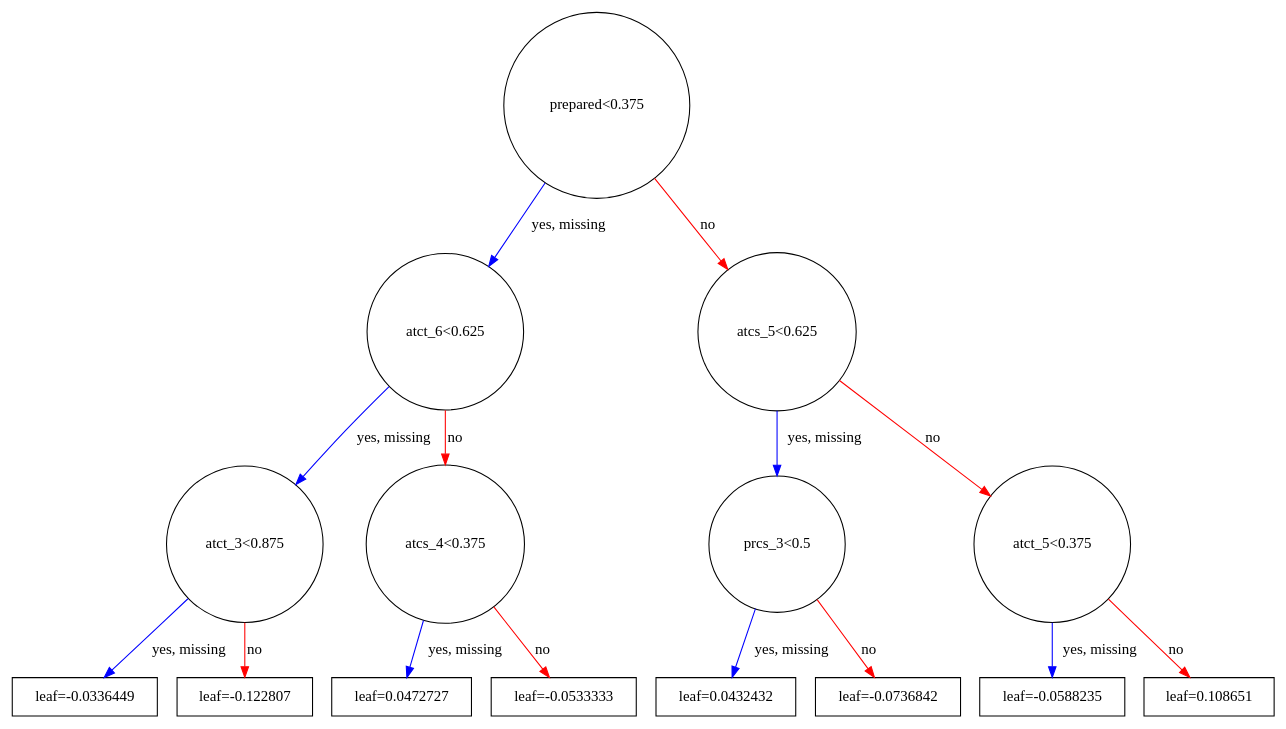
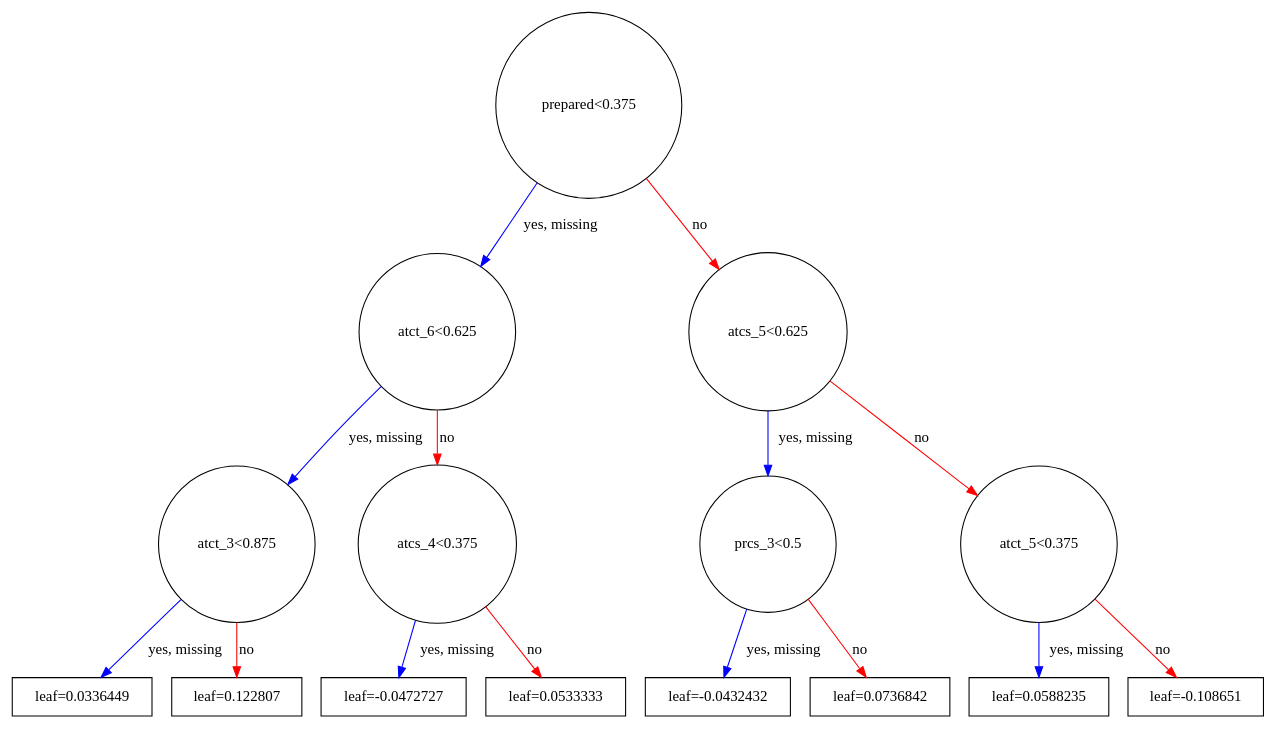
Before and after one commit to omoju/IntroCSExperiencePrediction: the diagram in report/figures/X_all_No_Gender_graph.gv, drawn with Graphviz. The commit also changed 6 other files, not shown here.

```diff
--- a/report/figures/X_all_No_Gender_graph.gv
+++ b/report/figures/X_all_No_Gender_graph.gv
@@ -1,32 +1,32 @@
 digraph {
 	graph [rankdir=UT]
 		0 [label="prepared<0.375" shape=circle]
 			0 -> 1 [label="yes, missing" color="#0000FF"]
 			0 -> 2 [label=no color="#FF0000"]
 		1 [label="atct_6<0.625" shape=circle]
 			1 -> 3 [label="yes, missing" color="#0000FF"]
 			1 -> 4 [label=no color="#FF0000"]
 		3 [label="atct_3<0.875" shape=circle]
 			3 -> 7 [label="yes, missing" color="#0000FF"]
 			3 -> 8 [label=no color="#FF0000"]
-		7 [label="leaf=-0.0336449" shape=box]
-		8 [label="leaf=-0.122807" shape=box]
+		7 [label="leaf=0.0336449" shape=box]
+		8 [label="leaf=0.122807" shape=box]
 		4 [label="atcs_4<0.375" shape=circle]
 			4 -> 9 [label="yes, missing" color="#0000FF"]
 			4 -> 10 [label=no color="#FF0000"]
-		9 [label="leaf=0.0472727" shape=box]
-		10 [label="leaf=-0.0533333" shape=box]
+		9 [label="leaf=-0.0472727" shape=box]
+		10 [label="leaf=0.0533333" shape=box]
 		2 [label="atcs_5<0.625" shape=circle]
 			2 -> 5 [label="yes, missing" color="#0000FF"]
 			2 -> 6 [label=no color="#FF0000"]
 		5 [label="prcs_3<0.5" shape=circle]
 			5 -> 11 [label="yes, missing" color="#0000FF"]
 			5 -> 12 [label=no color="#FF0000"]
-		11 [label="leaf=0.0432432" shape=box]
-		12 [label="leaf=-0.0736842" shape=box]
+		11 [label="leaf=-0.0432432" shape=box]
+		12 [label="leaf=0.0736842" shape=box]
 		6 [label="atct_5<0.375" shape=circle]
 			6 -> 13 [label="yes, missing" color="#0000FF"]
 			6 -> 14 [label=no color="#FF0000"]
-		13 [label="leaf=-0.0588235" shape=box]
-		14 [label="leaf=0.108651" shape=box]
+		13 [label="leaf=0.0588235" shape=box]
+		14 [label="leaf=-0.108651" shape=box]
 }
```
